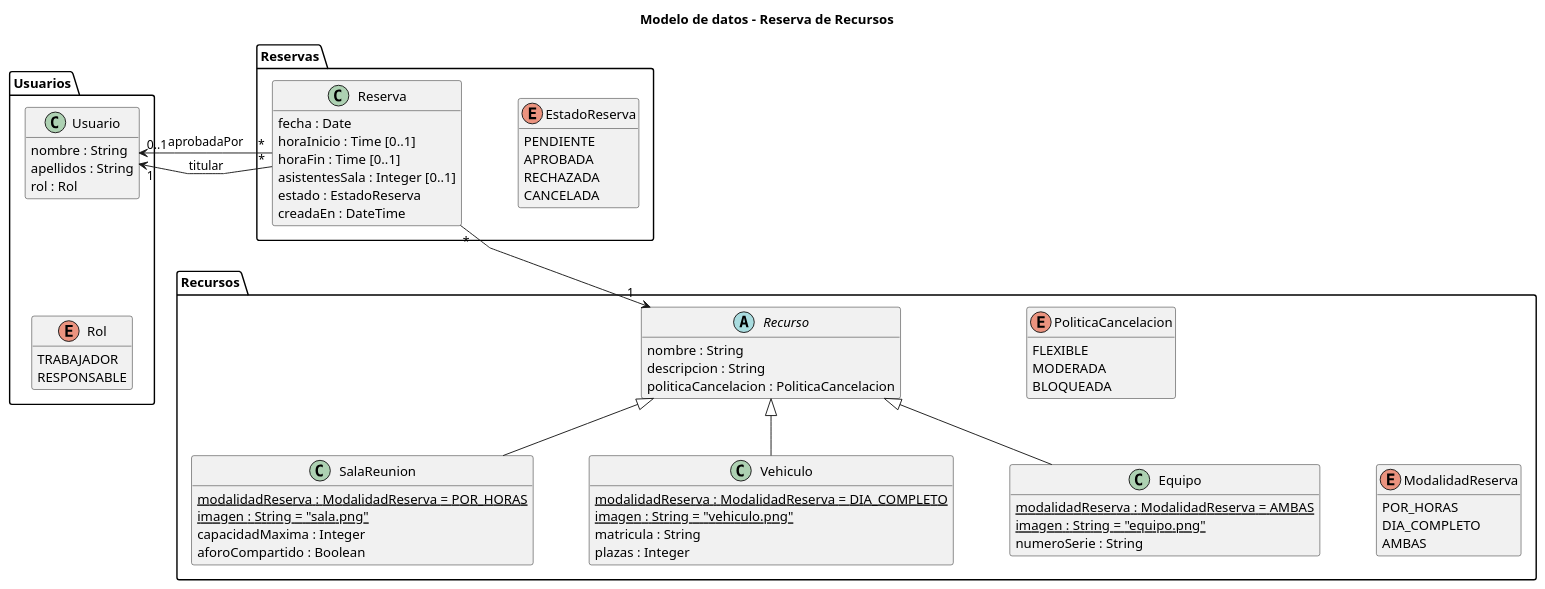
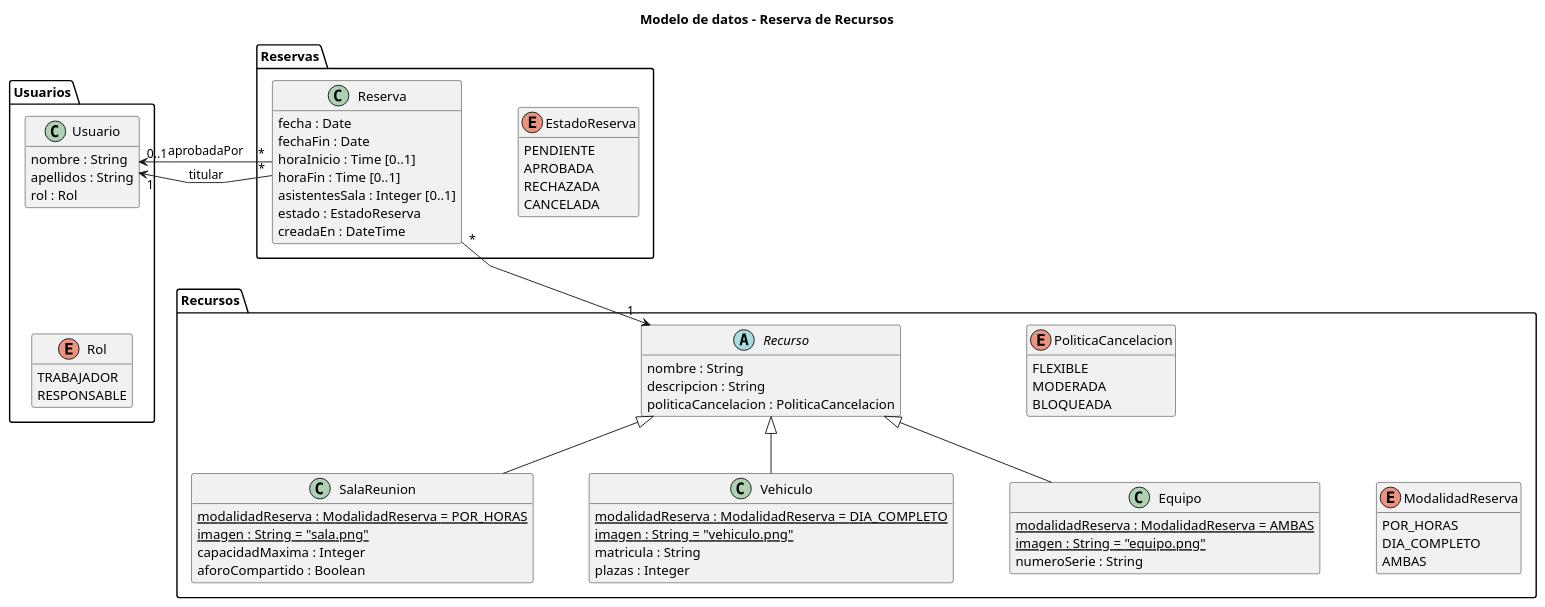
One commit to QudeCode/prueba-raul-app2you changed the diagram in docs/diagramas/modelo_recursos.puml. Above: the diagram before and after it, drawn with PlantUML. The commit also changed 31 other files, not shown here.

```diff
--- a/docs/diagramas/modelo_recursos.puml
+++ b/docs/diagramas/modelo_recursos.puml
@@ -1,94 +1,95 @@
 @startuml modelo_recursos
 title Modelo de datos - Reserva de Recursos
 
 skinparam classAttributeIconSize 0
 skinparam linetype polyline
 skinparam nodesep 60
 skinparam ranksep 60
 hide empty members
 
 package Recursos {
   abstract class Recurso {
     nombre : String
     descripcion : String
     politicaCancelacion : PoliticaCancelacion
   }
 
   class SalaReunion {
     {static} modalidadReserva : ModalidadReserva = POR_HORAS
     {static} imagen : String = "sala.png"
     capacidadMaxima : Integer
     aforoCompartido : Boolean
   }
 
   class Vehiculo {
     {static} modalidadReserva : ModalidadReserva = DIA_COMPLETO
     {static} imagen : String = "vehiculo.png"
     matricula : String
     plazas : Integer
   }
 
   class Equipo {
     {static} modalidadReserva : ModalidadReserva = AMBAS
     {static} imagen : String = "equipo.png"
     numeroSerie : String
   }
 
   enum ModalidadReserva {
     POR_HORAS
     DIA_COMPLETO
     AMBAS
   }
 
   enum PoliticaCancelacion {
     FLEXIBLE
     MODERADA
     BLOQUEADA
   }
 
   Recurso <|-- SalaReunion
   Recurso <|-- Vehiculo
   Recurso <|-- Equipo
 }
 
 package Usuarios {
   class Usuario {
     nombre : String
     apellidos : String
     rol : Rol
   }
 
   enum Rol {
     TRABAJADOR
     RESPONSABLE
   }
 }
 
 package Reservas {
   class Reserva {
     fecha : Date
+    fechaFin : Date
     horaInicio : Time [0..1]
     horaFin : Time [0..1]
     asistentesSala : Integer [0..1]
     estado : EstadoReserva
     creadaEn : DateTime
   }
 
   enum EstadoReserva {
     PENDIENTE
     APROBADA
     RECHAZADA
     CANCELADA
   }
 }
 
 Reserva "*" -down-> "1" Recurso
 Reserva "*" -left-> "1" Usuario : titular
 Reserva "*" -left-> "0..1" Usuario : aprobadaPor
 
 Reserva -[hidden]right- EstadoReserva
 Usuario -[hidden]down- Rol
 Recurso -[hidden]right- PoliticaCancelacion
 PoliticaCancelacion -[hidden]down- ModalidadReserva
 
 @enduml
```
